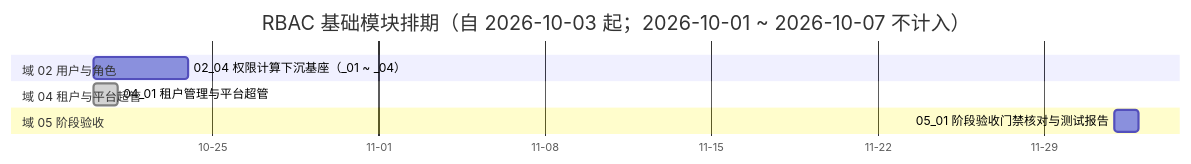
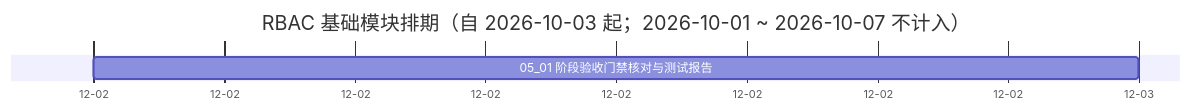
One commit to minjian123/basic-management-system changed the diagram in bms文档/项目/07_RBAC基础模块/计划/01_计划_RBAC基础模块.md. Above: the diagram before and after it, drawn with Mermaid. The commit also changed other lines of this file and 18 other files, not shown here.

````diff
--- a/bms文档/项目/07_RBAC基础模块/计划/01_计划_RBAC基础模块.md
+++ b/bms文档/项目/07_RBAC基础模块/计划/01_计划_RBAC基础模块.md
@@ -82,16 +82,7 @@
 ```mermaid
 gantt
     title RBAC 基础模块排期（自 2026-10-03 起；2026-10-01 ~ 2026-10-07 不计入）
     dateFormat  YYYY-MM-DD
     axisFormat %m-%d
-    section 域 01 插件化挂接
-    section 域 03 菜单与权限
-    section 域 02 用户与角色
-    02_04 权限计算下沉基座（_01 ~ _04） :a0204, 2026-10-20, 4d
-    section 域 04 租户与平台超管
-    04_01 租户管理与平台超管 :done, a0401, 2026-10-20, 1d
-    section 域 07 原型对照结论补齐
-    section 域 08 字典页布局对齐
-    section 域 05 阶段验收
     05_01 阶段验收门禁核对与测试报告 :a0501, 2026-12-02, 1d
 ```
````
